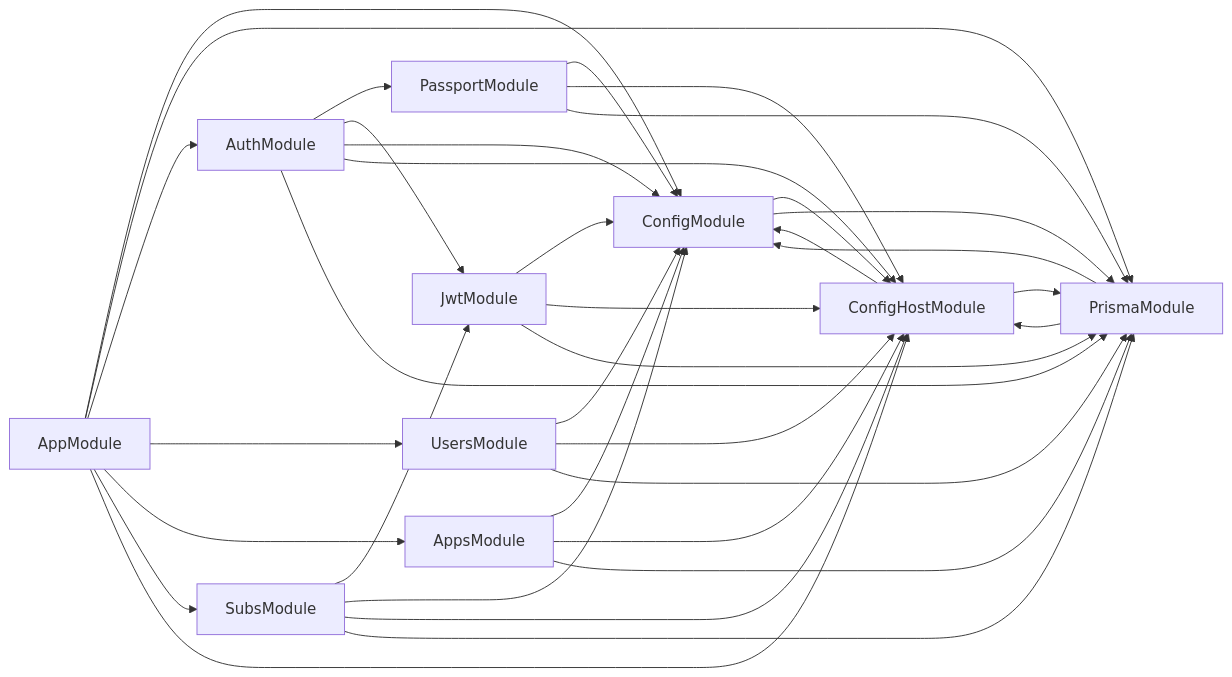
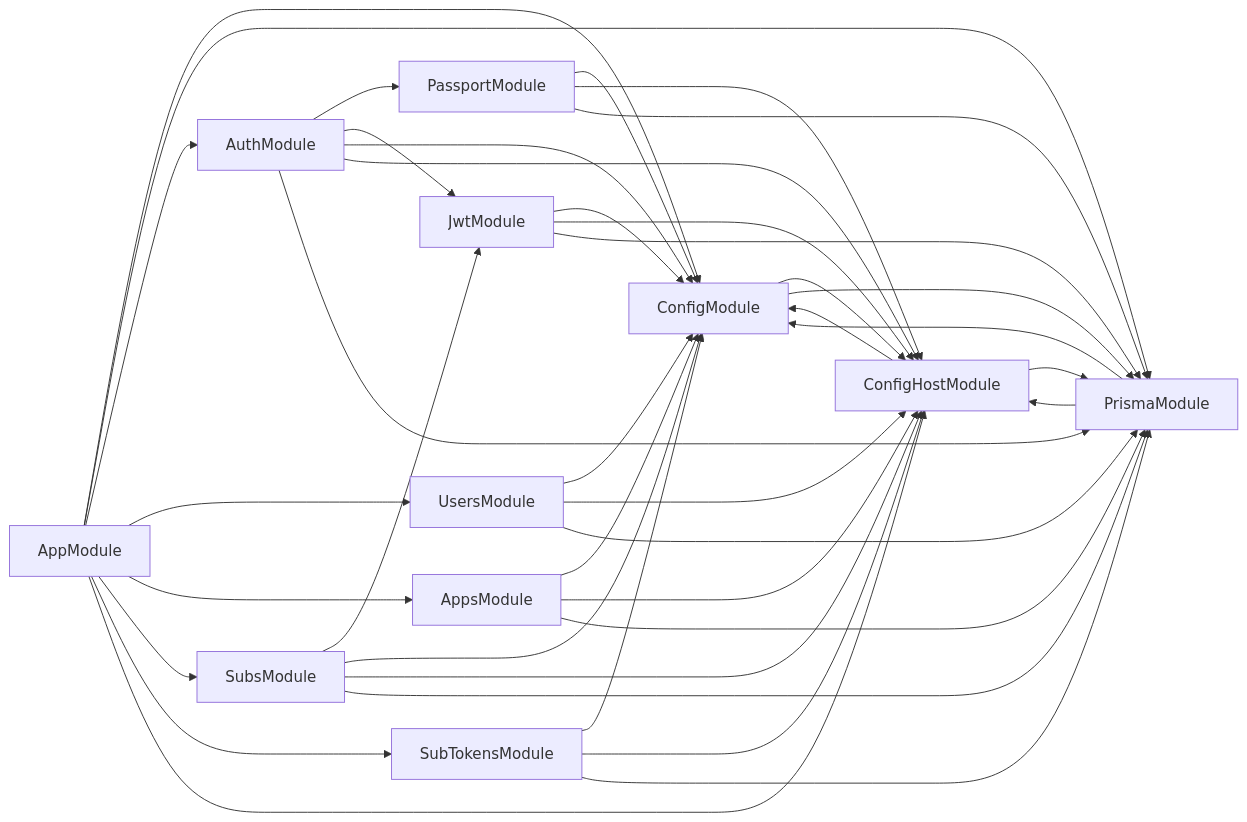
Before and after one commit to Naedri/app-hub-back: the diagram in README.assets/deps-graph.mmd, drawn with Mermaid. The commit also changed 2 other files, not shown here.

```diff
--- a/README.assets/deps-graph.mmd
+++ b/README.assets/deps-graph.mmd
@@ -1,35 +1,39 @@
 graph LR
     AppModule --> ConfigModule;
     ConfigModule --> ConfigHostModule;
     ConfigHostModule --> ConfigModule;
     ConfigHostModule --> PrismaModule;
     PrismaModule --> ConfigModule;
     PrismaModule --> ConfigHostModule;
     ConfigModule --> PrismaModule;
     AppModule --> PrismaModule;
     AppModule --> AuthModule;
     AuthModule --> PassportModule;
     PassportModule --> ConfigModule;
     PassportModule --> ConfigHostModule;
     PassportModule --> PrismaModule;
     AuthModule --> JwtModule;
     JwtModule --> ConfigModule;
     JwtModule --> ConfigHostModule;
     JwtModule --> PrismaModule;
     AuthModule --> ConfigModule;
     AuthModule --> ConfigHostModule;
     AuthModule --> PrismaModule;
     AppModule --> UsersModule;
     UsersModule --> ConfigModule;
     UsersModule --> ConfigHostModule;
     UsersModule --> PrismaModule;
     AppModule --> AppsModule;
     AppsModule --> ConfigModule;
     AppsModule --> ConfigHostModule;
     AppsModule --> PrismaModule;
     AppModule --> SubsModule;
     SubsModule --> JwtModule;
     SubsModule --> ConfigModule;
     SubsModule --> ConfigHostModule;
     SubsModule --> PrismaModule;
+    AppModule --> SubTokensModule;
+    SubTokensModule --> ConfigModule;
+    SubTokensModule --> ConfigHostModule;
+    SubTokensModule --> PrismaModule;
     AppModule --> ConfigHostModule;
```
